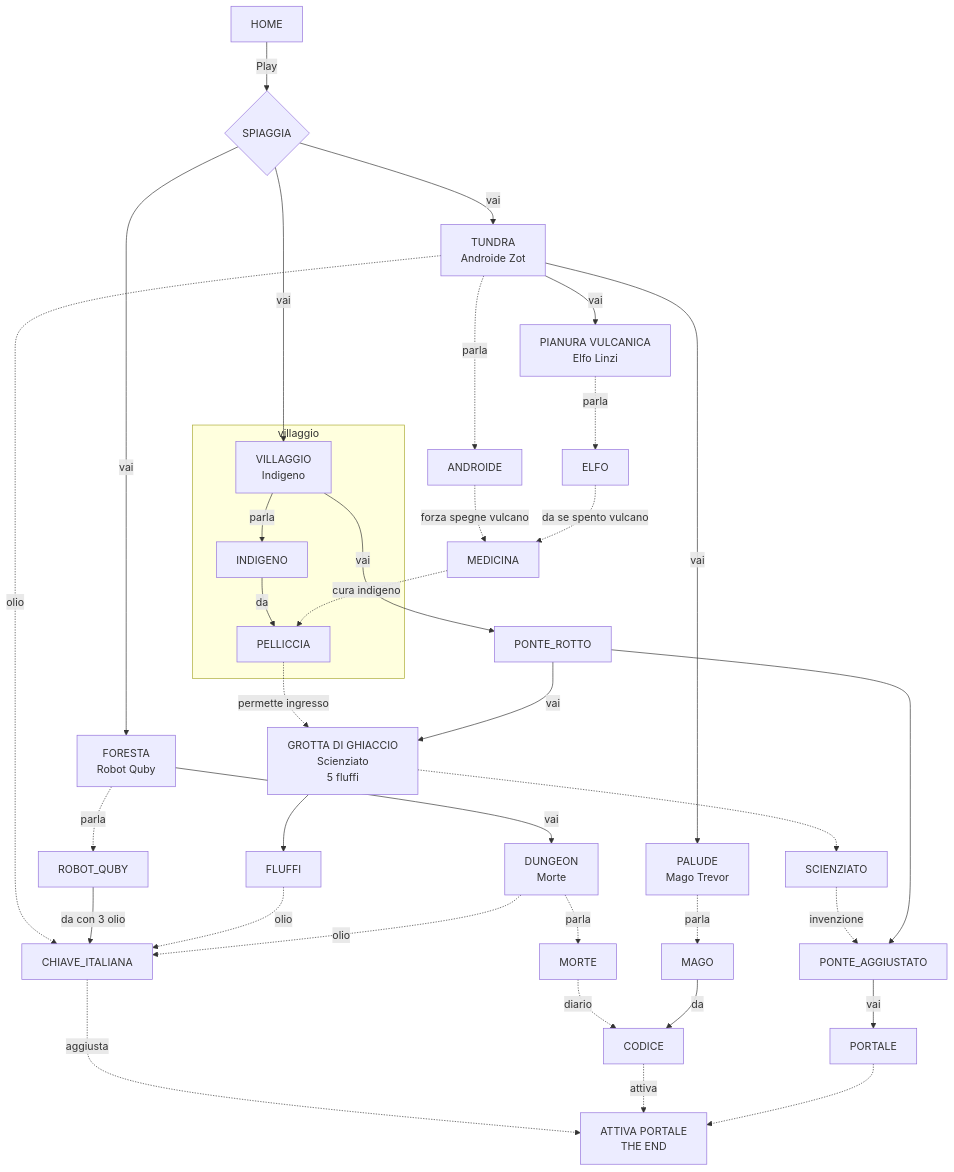
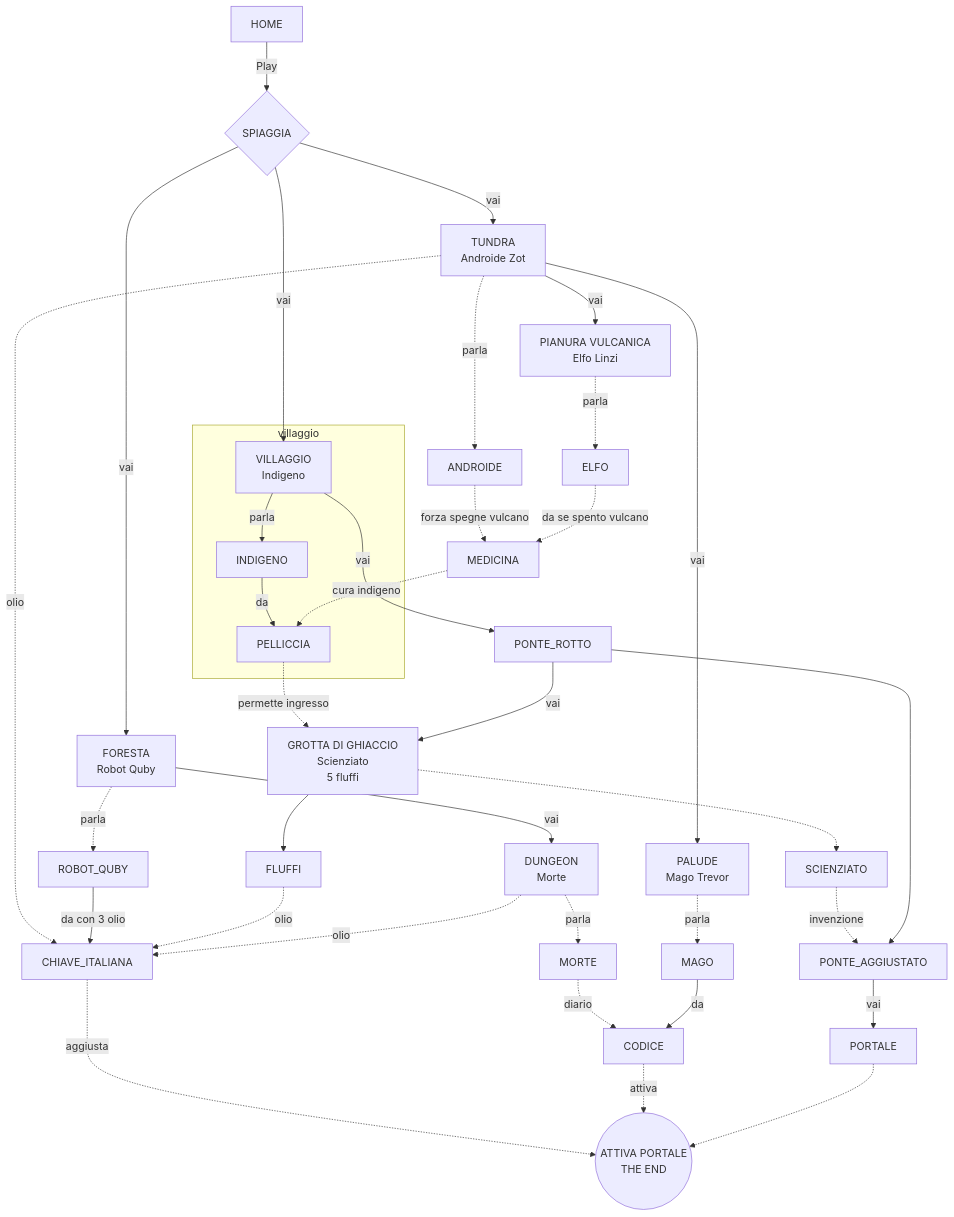
The diagram in docs/7F_Flow_mermaid.md (2042ed/JAM.7FRAMES), drawn with Mermaid before and after one commit. The commit also changed 4 other files, not shown here.

````diff
--- a/docs/7F_Flow_mermaid.md
+++ b/docs/7F_Flow_mermaid.md
@@ -3,65 +3,65 @@
 ```mermaid
 graph TD
 
 HOME
 SPIAGGIA{SPIAGGIA}
 GROTTA["GROTTA DI GHIACCIO<br>Scienziato<br>5 fluffi"]
 VILLAGGIO["VILLAGGIO<br>Indigeno"]
 DUNGEON["DUNGEON<br>Morte"]
 FORESTA["FORESTA<br>Robot Quby"]
 PALUDE["PALUDE<br>Mago Trevor"]
 PIANURA["PIANURA VULCANICA<br>Elfo Linzi"]
 PONTE_ROTTO
 PONTE_AGGIUSTATO
 TUNDRA["TUNDRA<br>Androide Zot"]
-END["ATTIVA PORTALE<br>THE END"]
+END(("ATTIVA PORTALE<br>THE END"))
 
 HOME -->|Play| SPIAGGIA
 
 SPIAGGIA --> |vai| TUNDRA
 SPIAGGIA --> |vai| FORESTA
 SPIAGGIA --> |vai| VILLAGGIO
 
 TUNDRA -.-> |parla| ANDROIDE
 ANDROIDE -.-> |forza spegne vulcano| MEDICINA
 TUNDRA  -.-> |olio| CHIAVE_ITALIANA
 
 TUNDRA --> |vai| PIANURA
 TUNDRA --> |vai| PALUDE
 
 subgraph villaggio
 VILLAGGIO --> |parla| INDIGENO
 INDIGENO --> |da| PELLICCIA
 end
 
 VILLAGGIO --> |vai| PONTE_ROTTO
 PELLICCIA -.-> |permette ingresso| GROTTA
 
 PIANURA  -.-> |parla| ELFO
 ELFO  -.-> |da se spento vulcano| MEDICINA
 MEDICINA -.-> |cura indigeno| PELLICCIA
 FORESTA  --> |vai| DUNGEON
 FORESTA  -.-> |parla| ROBOT_QUBY
 ROBOT_QUBY --> |da con 3 olio| CHIAVE_ITALIANA
 
 GROTTA -.-> SCIENZIATO
 GROTTA --> FLUFFI
 FLUFFI  -.-> |olio| CHIAVE_ITALIANA
 SCIENZIATO -.-> |invenzione| PONTE_AGGIUSTATO
 
 DUNGEON  -.-> |parla| MORTE
 MORTE  -.-> |diario| CODICE
 DUNGEON  -.-> |olio| CHIAVE_ITALIANA
 
 PALUDE  -.-> |parla| MAGO
 MAGO --> |da| CODICE
 
 PONTE_ROTTO --> |vai| GROTTA
 PONTE_ROTTO --> PONTE_AGGIUSTATO
 
 PONTE_AGGIUSTATO --> |vai| PORTALE
 
 CHIAVE_ITALIANA -.-> |aggiusta| END
 CODICE -.-> |attiva| END
 PORTALE -.-> END
 ```
````
